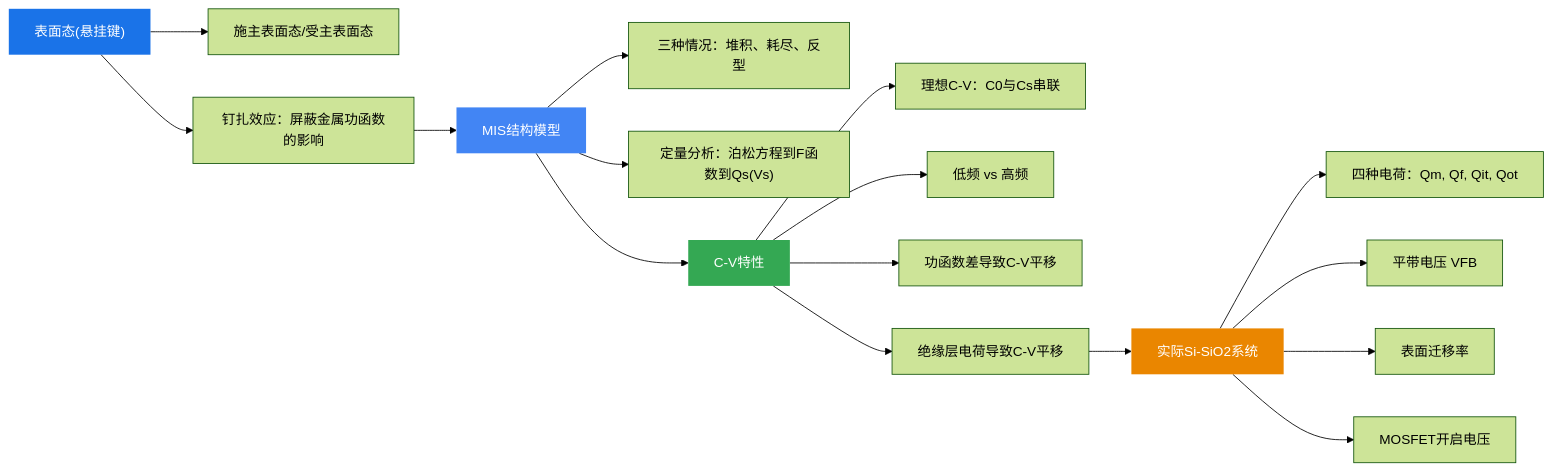
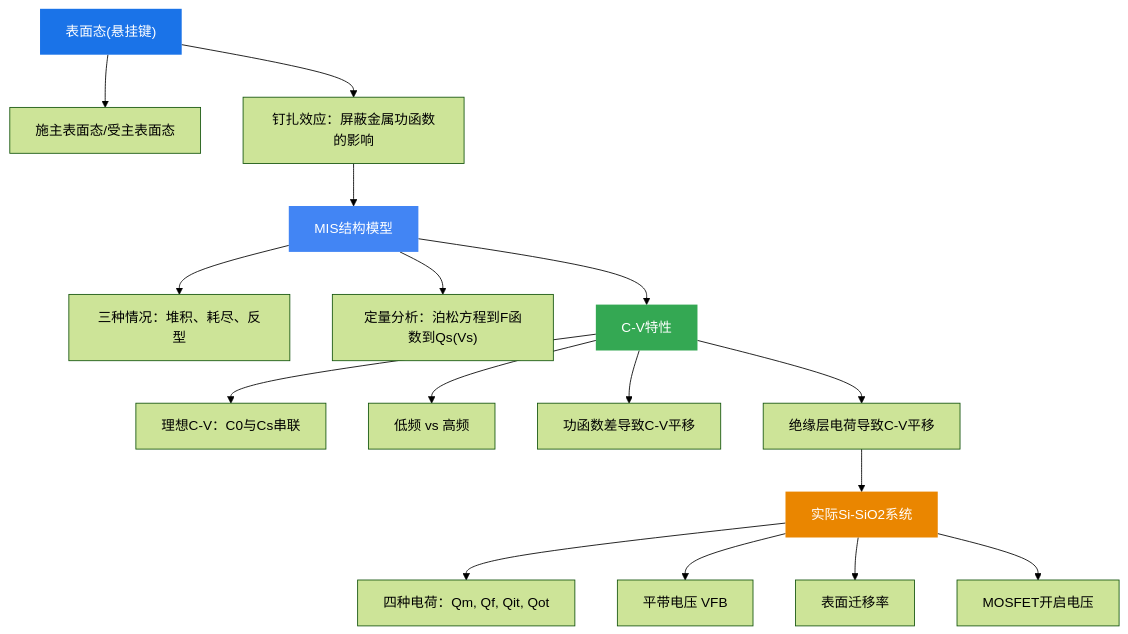
Before and after one commit to LiuandXu/semiconductor-physics-wiki: the diagram in docs/09-半导体表面与MIS结构/summary.md, drawn with Mermaid (forest theme). The commit also changed 2 other files, not shown here.

Commit message:
style: adjust Mermaid flowchart layout based on aspect ratio
- index.md knowledge pathway: LR → TD (depth 6, width 2)
- Ch02 summary: LR → TD (depth 7, width 4)
- Ch09 summary: LR → TD (depth 7, width 4)
- Other charts remain LR (wide or balanced)

````diff
--- a/docs/09-半导体表面与MIS结构/summary.md
+++ b/docs/09-半导体表面与MIS结构/summary.md
@@ -5,22 +5,22 @@
 ```mermaid
-flowchart LR
+flowchart TD
     A["表面态(悬挂键)"] --> A1["施主表面态/受主表面态"]
     A --> A2["钉扎效应：屏蔽金属功函数的影响"]
     A2 --> B["MIS结构模型"]
     B --> B1["三种情况：堆积、耗尽、反型"]
     B --> B2["定量分析：泊松方程到F函数到Qs(Vs)"]
     B --> B3["C-V特性"]
     B3 --> C1["理想C-V：C0与Cs串联"]
     B3 --> C2["低频 vs 高频"]
     B3 --> C3["功函数差导致C-V平移"]
     B3 --> C4["绝缘层电荷导致C-V平移"]
     C4 --> D["实际Si-SiO2系统"]
     D --> D1["四种电荷：Qm, Qf, Qit, Qot"]
     D --> D2["平带电压 VFB"]
     D --> D3["表面迁移率"]
     D --> D4["MOSFET开启电压"]
     style A fill:#1a73e8,color:#fff,stroke:none
     style B fill:#4285f4,color:#fff,stroke:none
     style B3 fill:#34a853,color:#fff,stroke:none
     style D fill:#ea8600,color:#fff,stroke:none
 ```
````
